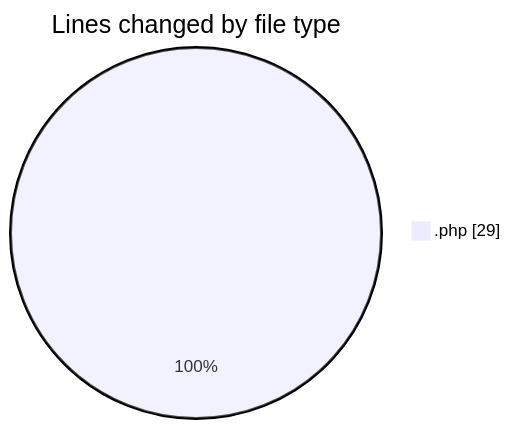
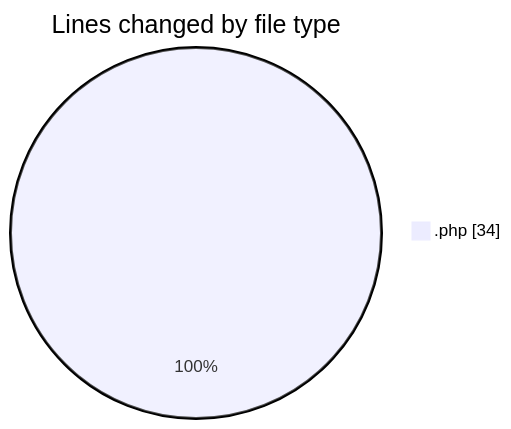
One commit to LanceThiago/code-tracking changed the first of 2 diagrams in 2025-06-26/oficina/README.md. Above: the diagram before and after it, drawn with Mermaid. The commit also changed other lines of this file and 1 other file, not shown here.

````diff
--- a/2025-06-26/oficina/README.md
+++ b/2025-06-26/oficina/README.md
@@ -20,5 +20,5 @@
 ```mermaid
 pie showData
 title Lines changed by file type
-".php" : 29
+".php" : 34
 ```
````
